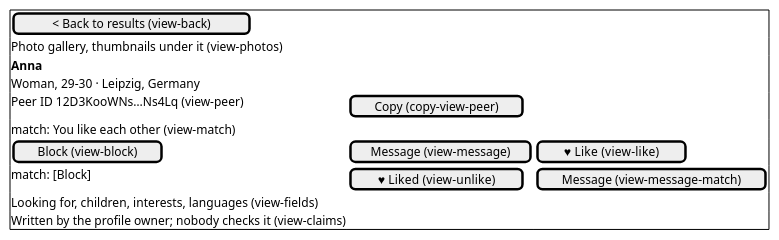
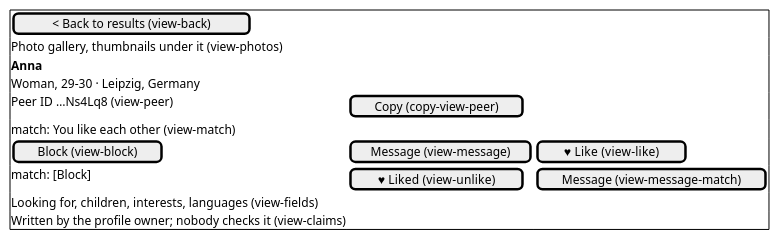
One commit to abbat/dyapp changed the tenth of 14 diagrams in docs/design/desktop-screens.md. Above: the diagram before and after it, drawn with PlantUML. The commit also changed other lines of this file and 4 other files, not shown here.

````diff
--- a/docs/design/desktop-screens.md
+++ b/docs/design/desktop-screens.md
@@ -189,16 +191,16 @@
 ```plantuml
 @startsalt
 {+
 [< Back to results (view-back)]
 Photo gallery, thumbnails under it (view-photos)
 <b>Anna
 Woman, 29–30 · Leipzig, Germany
-Peer ID 12D3KooWNs…Ns4Lq (view-peer) | [Copy (copy-view-peer)]
+Peer ID …Ns4Lq8 (view-peer) | [Copy (copy-view-peer)]
 match: You like each other (view-match)
 [Block (view-block)] | [Message (view-message)] | [♥ Like (view-like)]
 match: [Block] | [♥ Liked (view-unlike)] | [Message (view-message-match)]
 Looking for, children, interests, languages (view-fields)
 Written by the profile owner; nobody checks it (view-claims)
 }
 @endsalt
 ```
````
